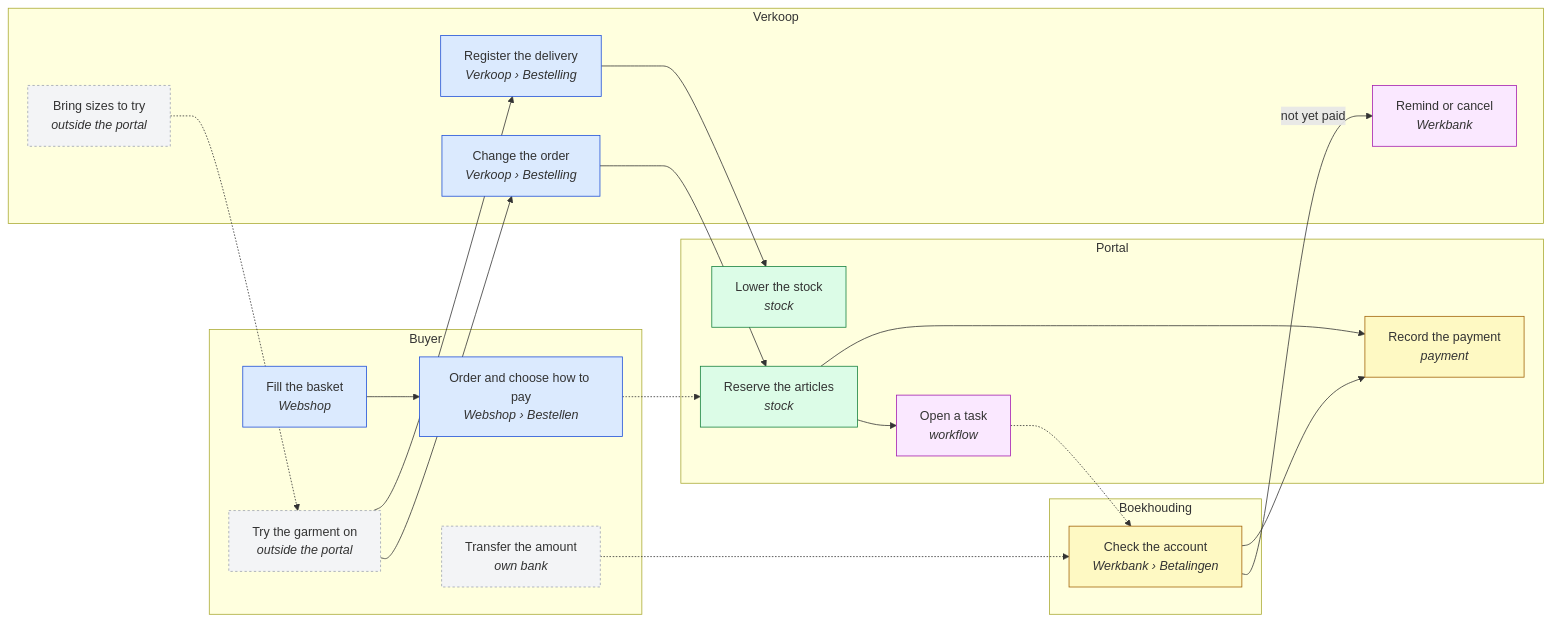
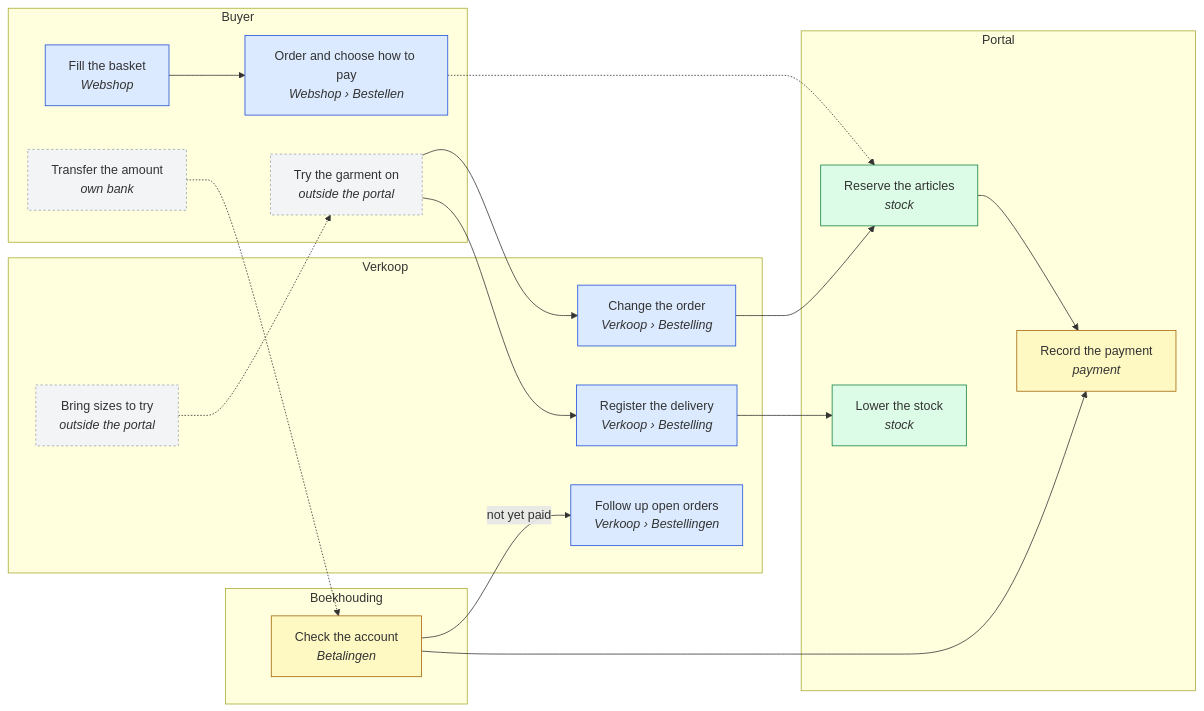
One commit to KoenRenders/KoenTest changed the third of 5 diagrams in docs/change_request_21_shop.md. Above: the diagram before and after it, drawn with Mermaid. The commit also changed other lines of this file, not shown here.

First line of the commit message:
CR-21 webshop: workbench tasks split off into CR-28 (Q56); Verkoop's list and Boekhouding's confirmation stay

````diff
--- a/docs/change_request_21_shop.md
+++ b/docs/change_request_21_shop.md
@@ -366,34 +364,33 @@
 ```mermaid
 flowchart LR
   subgraph Buyer
     b1["Fill the basket<br/><i>Webshop</i>"]:::sales --> b2["Order and choose how to pay<br/><i>Webshop › Bestellen</i>"]:::sales
     b3["Try the garment on<br/><i>outside the portal</i>"]:::outside
     b4["Transfer the amount<br/><i>own bank</i>"]:::outside
   end
   subgraph Verkoop
     s1["Bring sizes to try<br/><i>outside the portal</i>"]:::outside
     s2["Change the order<br/><i>Verkoop › Bestelling</i>"]:::sales
     s3["Register the delivery<br/><i>Verkoop › Bestelling</i>"]:::sales
-    s4["Remind or cancel<br/><i>Werkbank</i>"]:::workflow
+    s4["Follow up open orders<br/><i>Verkoop › Bestellingen</i>"]:::sales
   end
   subgraph Boekhouding
-    t1["Check the account<br/><i>Werkbank › Betalingen</i>"]:::payment
+    t1["Check the account<br/><i>Betalingen</i>"]:::payment
   end
   subgraph Portal
     p1["Reserve the articles<br/><i>stock</i>"]:::stock
-    p3["Open a task<br/><i>workflow</i>"]:::workflow
     p2["Record the payment<br/><i>payment</i>"]:::payment
     p4["Lower the stock<br/><i>stock</i>"]:::stock
   end
-  b2 -.-> p1 --> p3 -.-> t1
+  b2 -.-> p1
   p1 --> p2
   t1 -- not yet paid --> s4
   s1 -.-> b3 --> s2 --> p1
   b3 --> s3 --> p4
   b4 -.-> t1 --> p2
   classDef sales fill:#dbeafe,stroke:#1d4ed8
   classDef stock fill:#dcfce7,stroke:#15803d
   classDef payment fill:#fef9c3,stroke:#a16207
   classDef workflow fill:#fae8ff,stroke:#a21caf
   classDef outside fill:#f3f4f6,stroke:#9ca3af,stroke-dasharray:3
 ```
````
